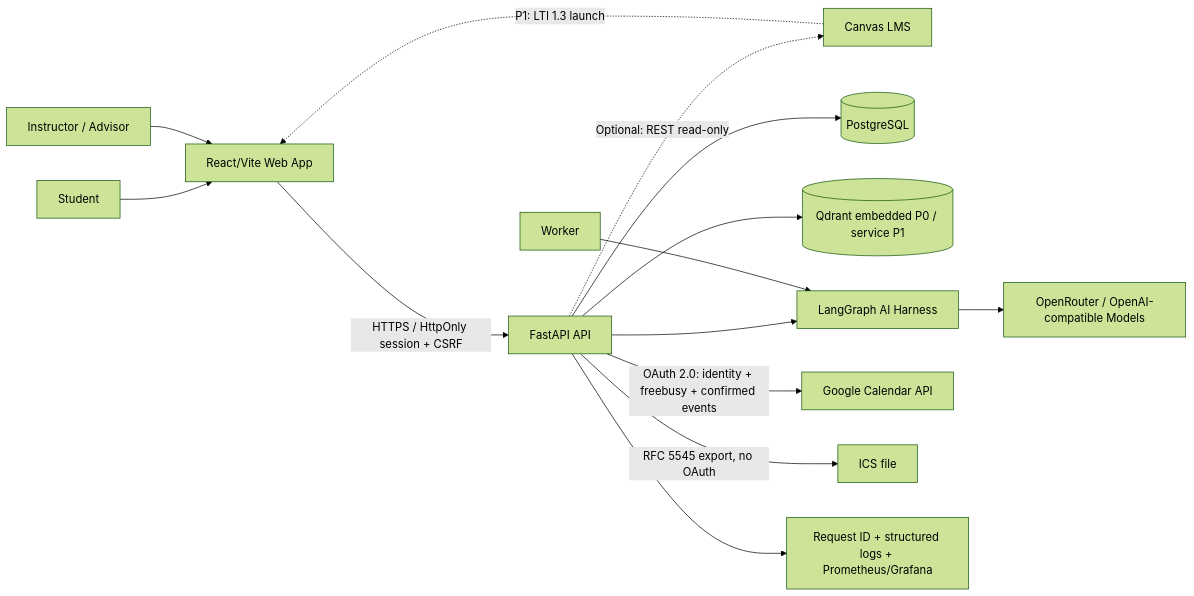
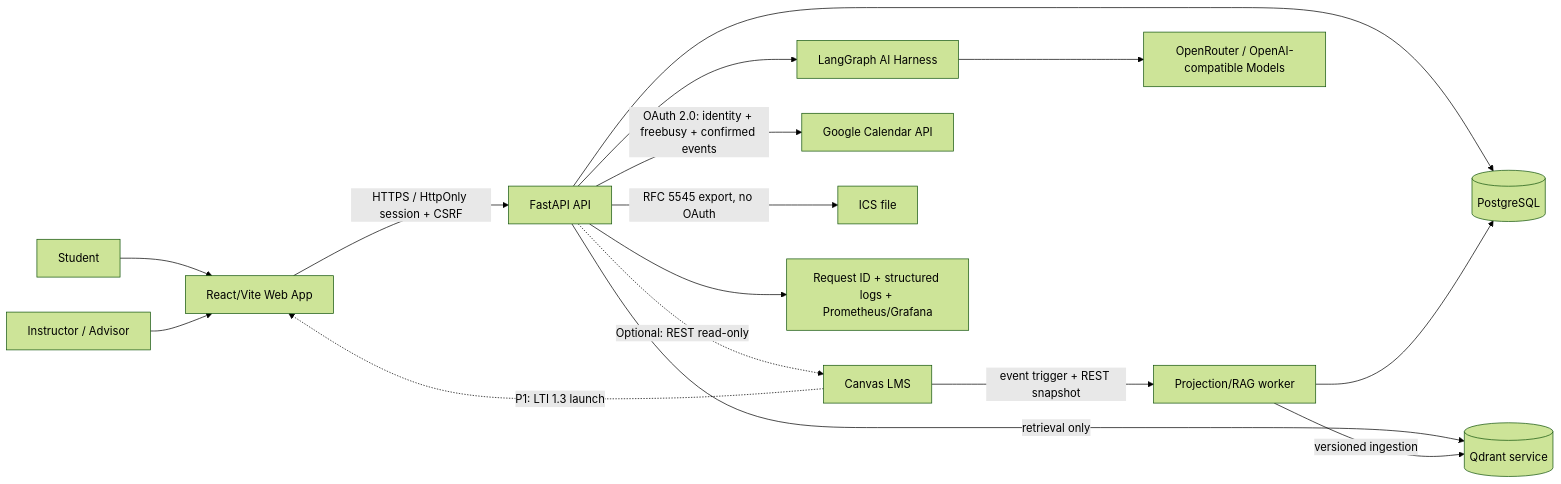
Before and after one commit to kchi24/K4_AI20K_2A202602797_ThanThiKimChi_Project: the first of 4 diagrams in docs/architecture_diagram.md, drawn with Mermaid (forest theme). The commit also changed other lines of this file and 36 other files, not shown here.

````diff
--- a/docs/architecture_diagram.md
+++ b/docs/architecture_diagram.md
@@ -7,16 +7,18 @@
 ```mermaid
 flowchart LR
     Student[Student] --> Web[React/Vite Web App]
     Instructor[Instructor / Advisor] --> Web
     Canvas[Canvas LMS] -.->|P1: LTI 1.3 launch| Web
     Web -->|HTTPS / HttpOnly session + CSRF| API[FastAPI API]
     API -.->|Optional: REST read-only| Canvas
     API --> DB[(PostgreSQL)]
-    API --> Qdrant[(Qdrant embedded P0 / service P1)]
+    API -->|retrieval only| Qdrant[(Qdrant service)]
     API --> AI[LangGraph AI Harness]
     API -->|OAuth 2.0: identity + freebusy + confirmed events| GCal[Google Calendar API]
     API -->|RFC 5545 export, no OAuth| ICS[ICS file]
-    Worker --> AI
+    Canvas -->|event trigger + REST snapshot| Worker[Projection/RAG worker]
+    Worker --> DB
+    Worker -->|versioned ingestion| Qdrant
     AI --> Gateway[OpenRouter / OpenAI-compatible Models]
     API --> Obs[Request ID + structured logs + Prometheus/Grafana]
 ```
````
